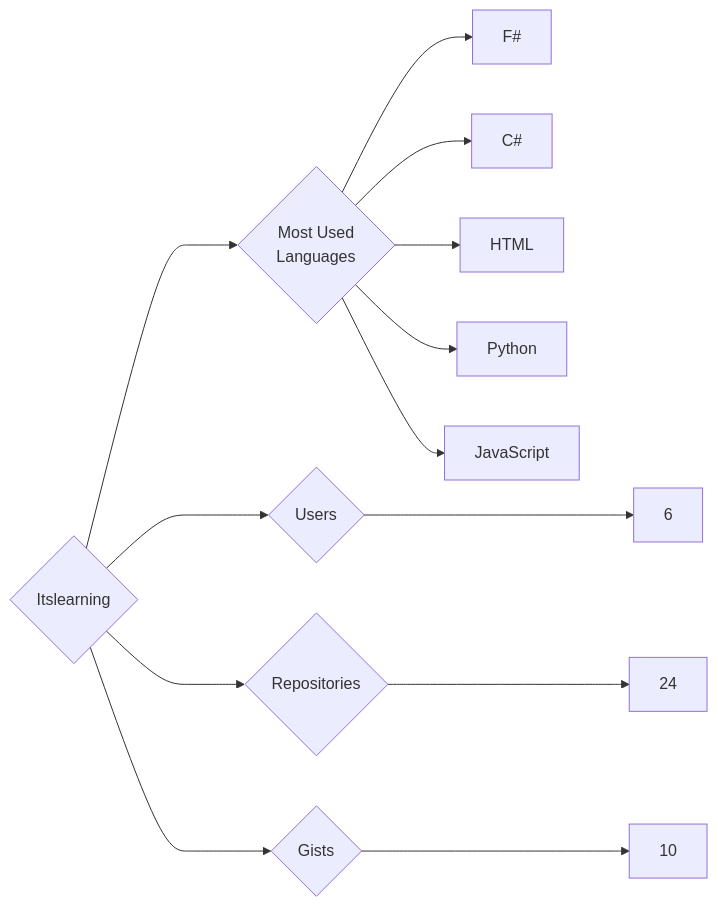
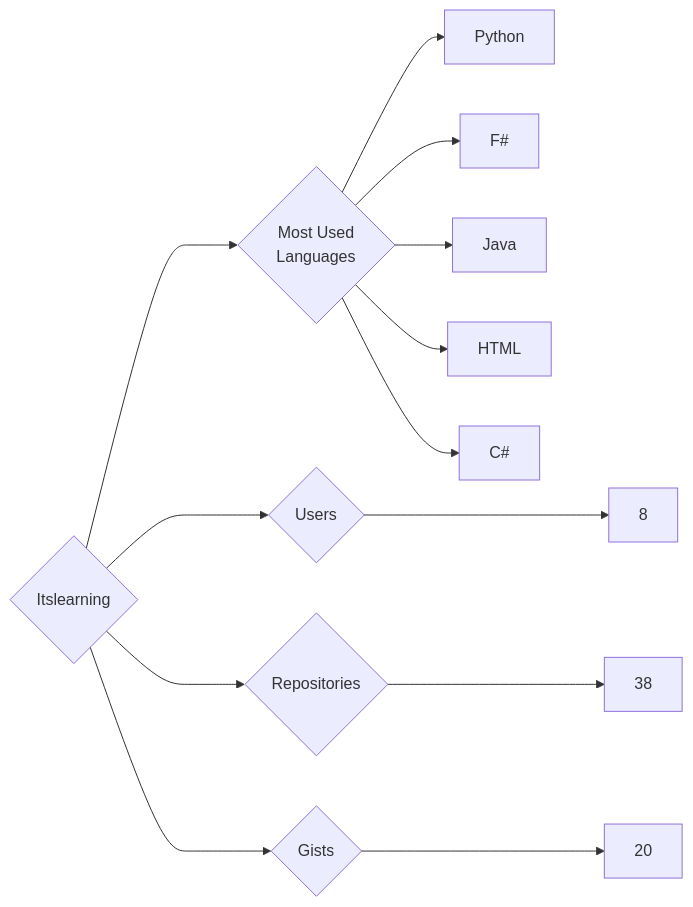
Before and after one commit to trickest/insiders: the diagram in targets/Itslearning/README.md, drawn with Mermaid. The commit also changed 953 other files, not shown here.

````diff
--- a/targets/Itslearning/README.md
+++ b/targets/Itslearning/README.md
@@ -3,13 +3,13 @@
 ```mermaid
 graph LR
 COMPANY_NAME{Itslearning}
-COMPANY_NAME ---> U{Users} ---> UN[6]
-COMPANY_NAME ---> R{Repositories} ---> RN[24]
-COMPANY_NAME ---> G{Gists} ---> GN[10]
+COMPANY_NAME ---> U{Users} ---> UN[8]
+COMPANY_NAME ---> R{Repositories} ---> RN[38]
+COMPANY_NAME ---> G{Gists} ---> GN[20]
 COMPANY_NAME ---> ML{Most Used<br>Languages}
+ML --> Python[Python]
 ML --> F#[F#]
+ML --> Java[Java]
+ML --> HTML[HTML]
 ML --> C#[C#]
-ML --> HTML[HTML]
-ML --> Python[Python]
-ML --> JavaScript[JavaScript]
 ```
````
